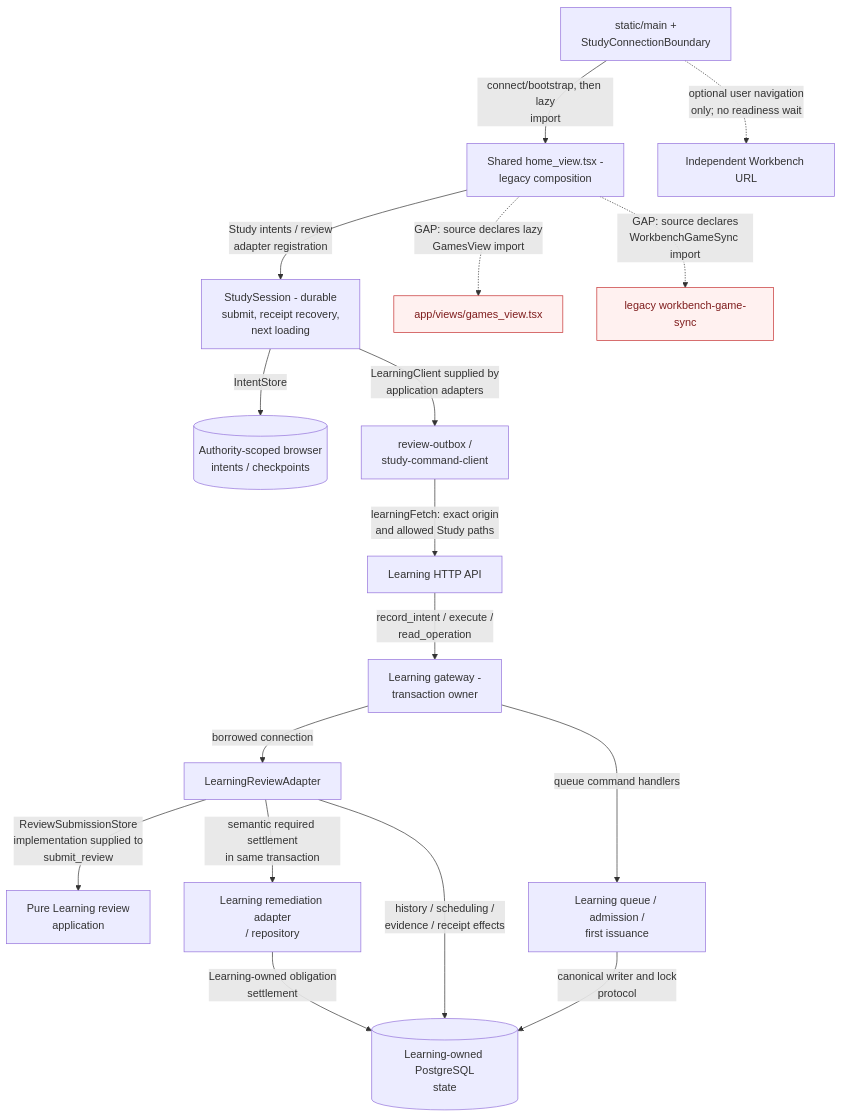
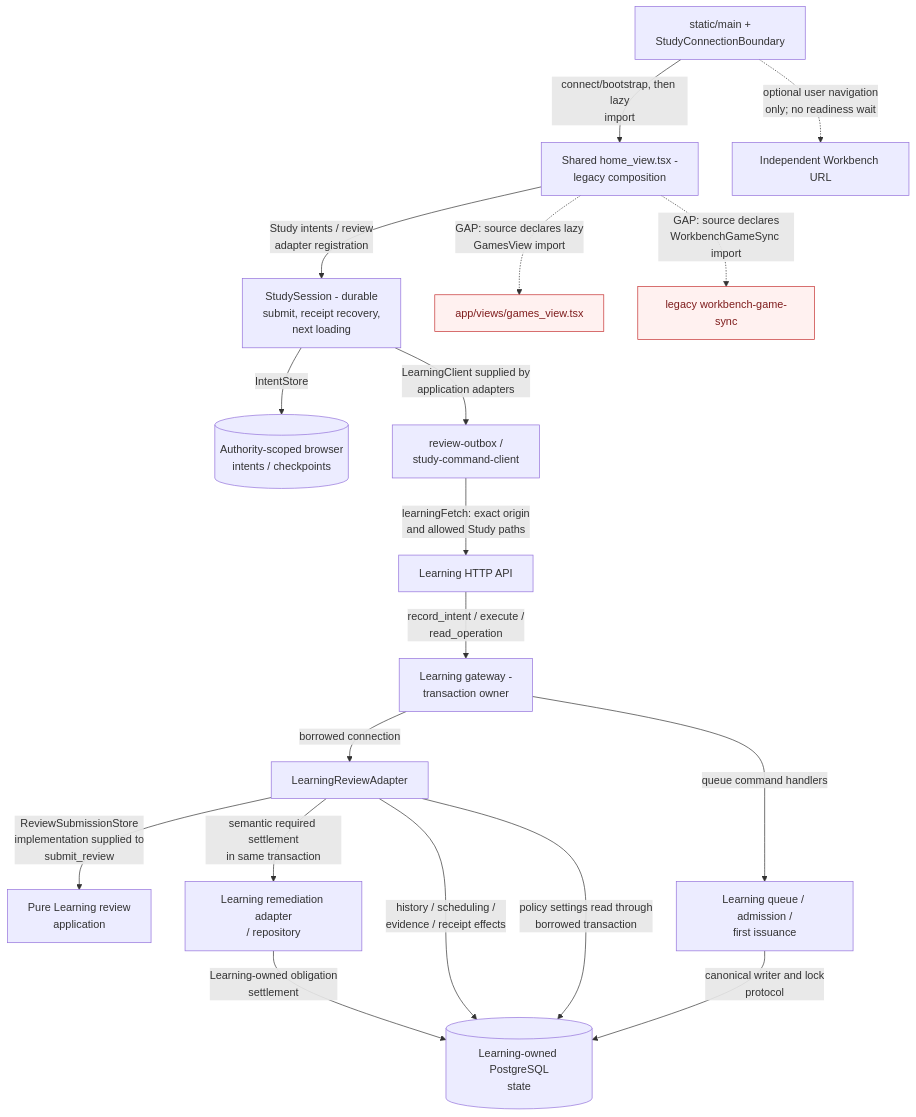
The first of 4 diagrams in docs/architecture/diagrams/study-games.md (aaweaver-actuary/tempo), drawn with Mermaid before and after one commit. The commit also changed other lines of this file and 3 other files, not shown here.

Commit message:
fix(learning): borrow review transaction for policy settings

````diff
--- a/docs/architecture/diagrams/study-games.md
+++ b/docs/architecture/diagrams/study-games.md
@@ -20,21 +20,22 @@
 ```mermaid
 flowchart TB
   Entry["static/main +<br/>StudyConnectionBoundary"] -->|"connect/bootstrap, then lazy<br/>import"| Home["Shared home_view.tsx -<br/>legacy composition"]
   Home -->|"Study intents / review<br/>adapter registration"| Session["StudySession - durable<br/>submit, receipt recovery,<br/>next loading"]
   Session -->|"IntentStore"| Browser[("Authority-scoped browser<br/>intents / checkpoints")]
   Session -->|"LearningClient supplied by<br/>application adapters"| Adapter["review-outbox /<br/>study-command-client"]
   Adapter -->|"learningFetch: exact origin<br/>and allowed Study paths"| HTTP["Learning HTTP API"]
   HTTP -->|"record_intent / execute /<br/>read_operation"| Gateway["Learning gateway -<br/>transaction owner"]
   Gateway -->|"borrowed connection"| Review["LearningReviewAdapter"]
   Review -->|"ReviewSubmissionStore<br/>implementation supplied to<br/>submit_review"| App["Pure Learning review<br/>application"]
   Gateway -->|"queue command handlers"| Queue["Learning queue / admission /<br/>first issuance"]
   Review -->|"semantic required settlement<br/>in same transaction"| Remediation["Learning remediation adapter<br/>/ repository"]
   Review -->|"history / scheduling /<br/>evidence / receipt effects"| DB[("Learning-owned PostgreSQL<br/>state")]
+  Review -->|"policy settings read through<br/>borrowed transaction"| DB
   Queue -->|"canonical writer and lock<br/>protocol"| DB
   Remediation -->|"Learning-owned obligation<br/>settlement"| DB
   Home -.->|"GAP: source declares lazy<br/>GamesView import"| LegacyGames["app/views/games_view.tsx"]
   Home -.->|"GAP: source declares<br/>WorkbenchGameSync import"| LegacySync["legacy workbench-game-sync"]
   Entry -.->|"optional user navigation<br/>only; no readiness wait"| WB["Independent Workbench URL"]
   classDef gap fill:#fff1f0,stroke:#c53030,color:#7f1d1d
   class LegacyGames,LegacySync gap
 ```
````
